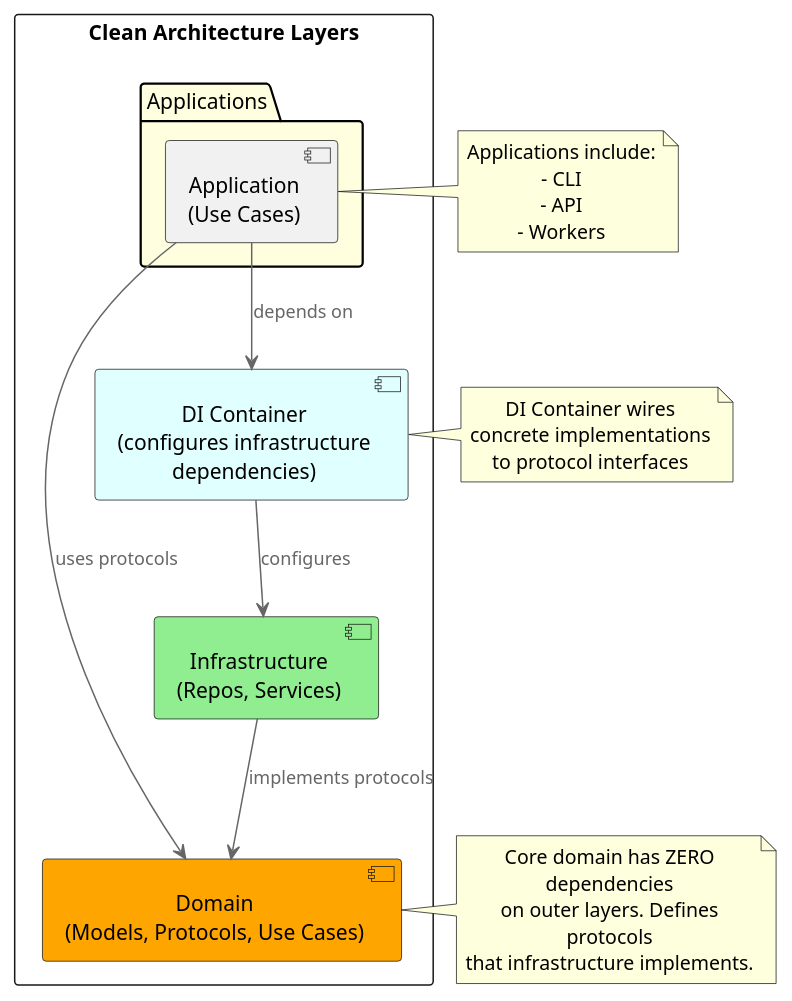
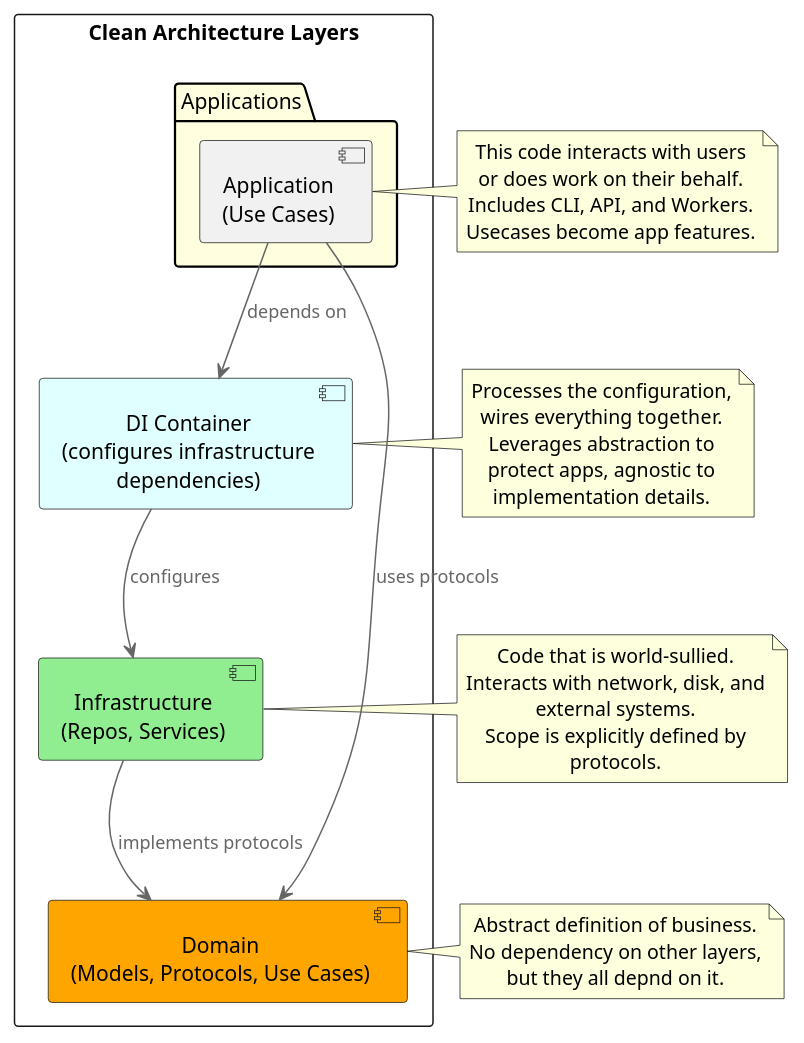
The diagram in docs/architecture/diagrams/clean_architecture_layers.puml (pyx-industries/julee), drawn with PlantUML before and after one commit. The commit also changed 12 other files, not shown here.

```diff
--- a/docs/architecture/diagrams/clean_architecture_layers.puml
+++ b/docs/architecture/diagrams/clean_architecture_layers.puml
@@ -1,40 +1,47 @@
 @startuml
 !include <C4/C4_Component>
 
 rectangle "Clean Architecture Layers" {
     component "Infrastructure\n(Repos, Services)" as infra #LightGreen
 
     package "Applications" as apps #LightYellow {
         component "Application\n(Use Cases)" as app
     }
 
     component "DI Container\n(configures infrastructure dependencies)" as di #LightCyan
     component "Domain\n(Models, Protocols, Use Cases)" as domain #Orange
 }
 
 infra -down-> domain : implements protocols
 app -down-> domain : uses protocols
 di -down-> infra : configures
 app -down-> di : depends on
 
 
 note right of app
-  Applications include:
-  - CLI
-  - API
-  - Workers
+  This code interacts with users
+  or does work on their behalf.
+  Includes CLI, API, and Workers.
+  Usecases become app features.
 end note
 
+note right of di
+  Processes the configuration,
+  wires everything together.
+  Leverages abstraction to
+  protect apps, agnostic to
+  implementation details.
+end note
+
+note right of infra
+  Code that is world-sullied.
+  Interacts with network, disk, and external systems.
+  Scope is explicitly defined by protocols.
+end note
 
 note right of domain
-  Core domain has ZERO dependencies
-  on outer layers. Defines protocols
-  that infrastructure implements.
+  Abstract definition of business.
+  No dependency on other layers, but they all depnd on it.
 end note
 
-note left of di
-  DI Container wires
-  concrete implementations
-  to protocol interfaces
-end note
 @enduml
```
